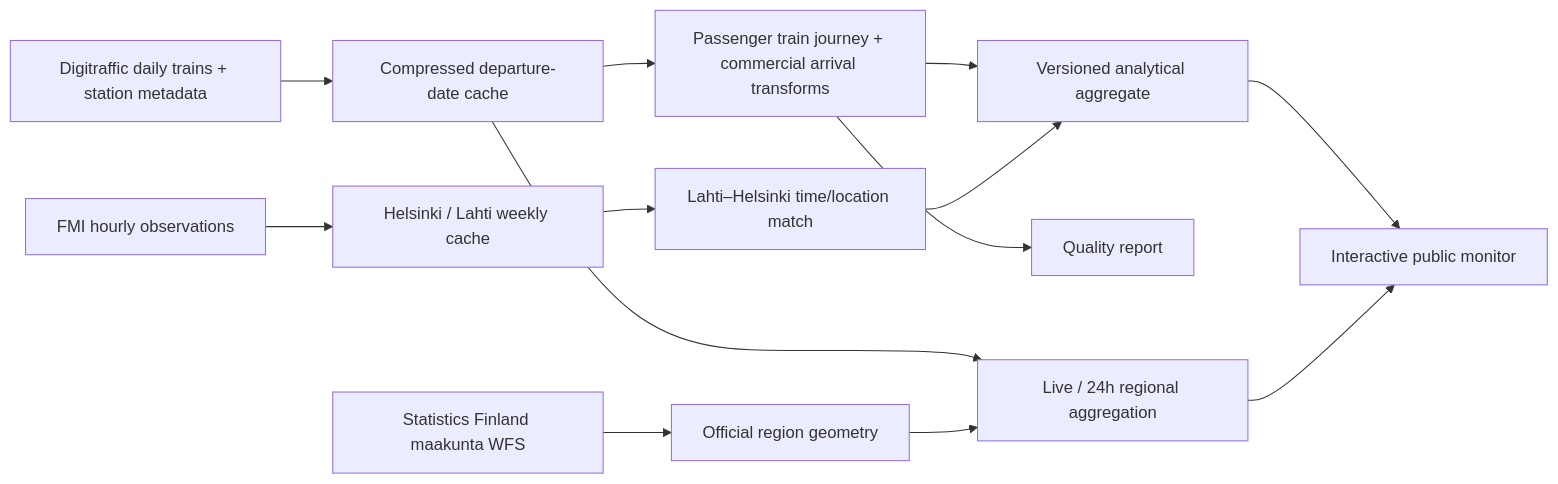
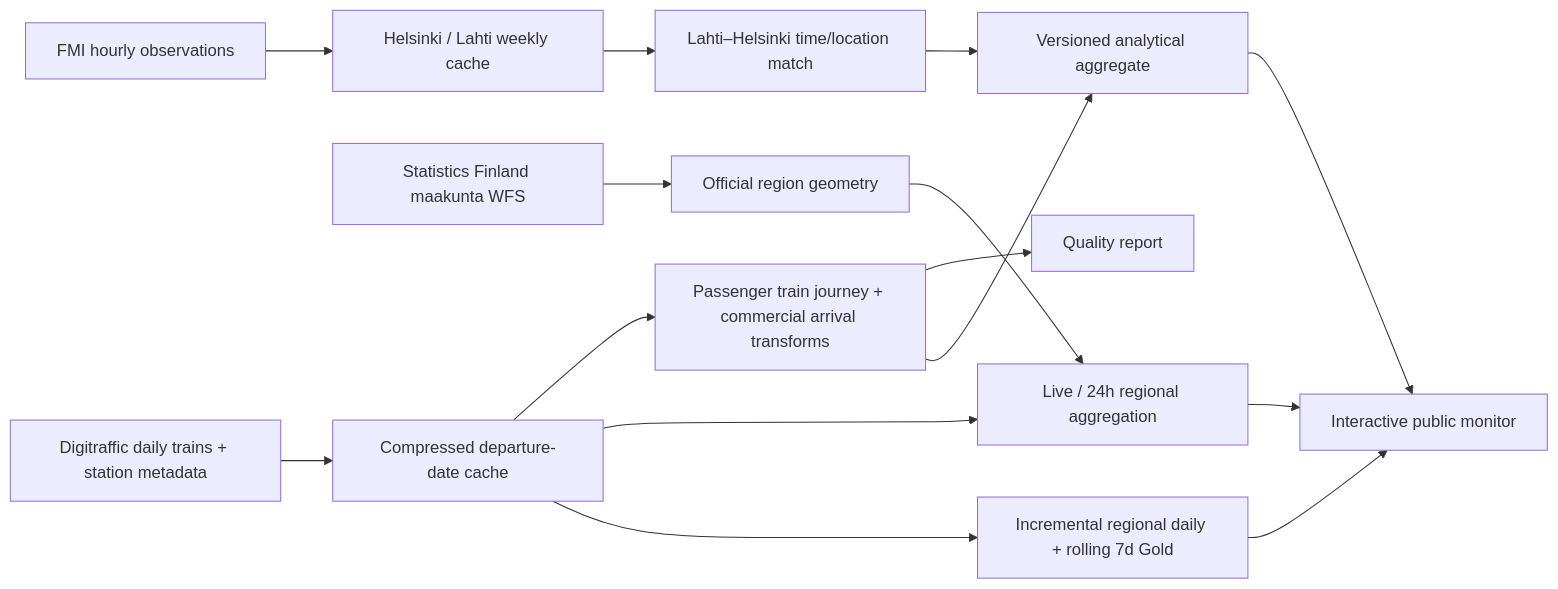
One commit to Sintagmatarches/applied-ai-lab changed the second of 3 diagrams in README.md. Above: the diagram before and after it, drawn with Mermaid. The commit also changed other lines of this file and 41 other files, not shown here.

Commit message:
feat(rail): govern regional operations and rolling 7d

````diff
--- a/README.md
+++ b/README.md
@@ -100,15 +101,17 @@
 ```mermaid
 flowchart LR
   D["Digitraffic daily trains + station metadata"] --> C["Compressed departure-date cache"]
   G["Statistics Finland maakunta WFS"] --> R["Official region geometry"]
   F["FMI hourly observations"] --> W["Helsinki / Lahti weekly cache"]
   C --> T["Passenger train journey + commercial arrival transforms"]
   C --> M["Live / 24h regional aggregation"]
+  C --> R7["Incremental regional daily + rolling 7d Gold"]
   R --> M
   W --> L["Lahti–Helsinki time/location match"]
   T --> Q["Quality report"]
   T --> A["Versioned analytical aggregate"]
   L --> A
   A --> U["Interactive public monitor"]
   M --> U
+  R7 --> U
 ```
````
